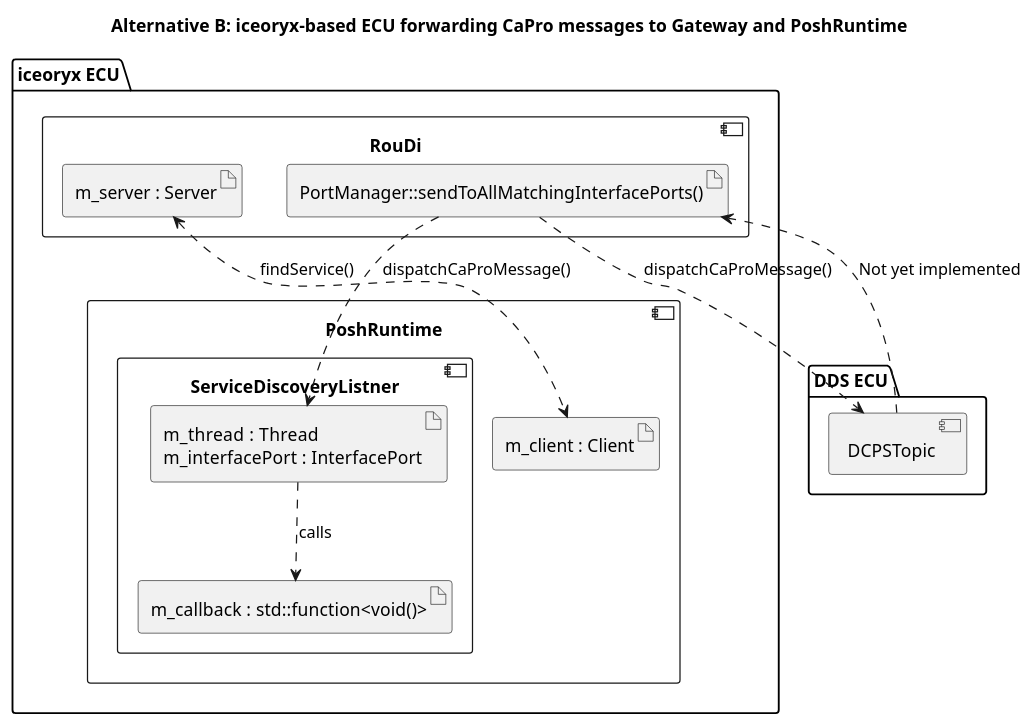
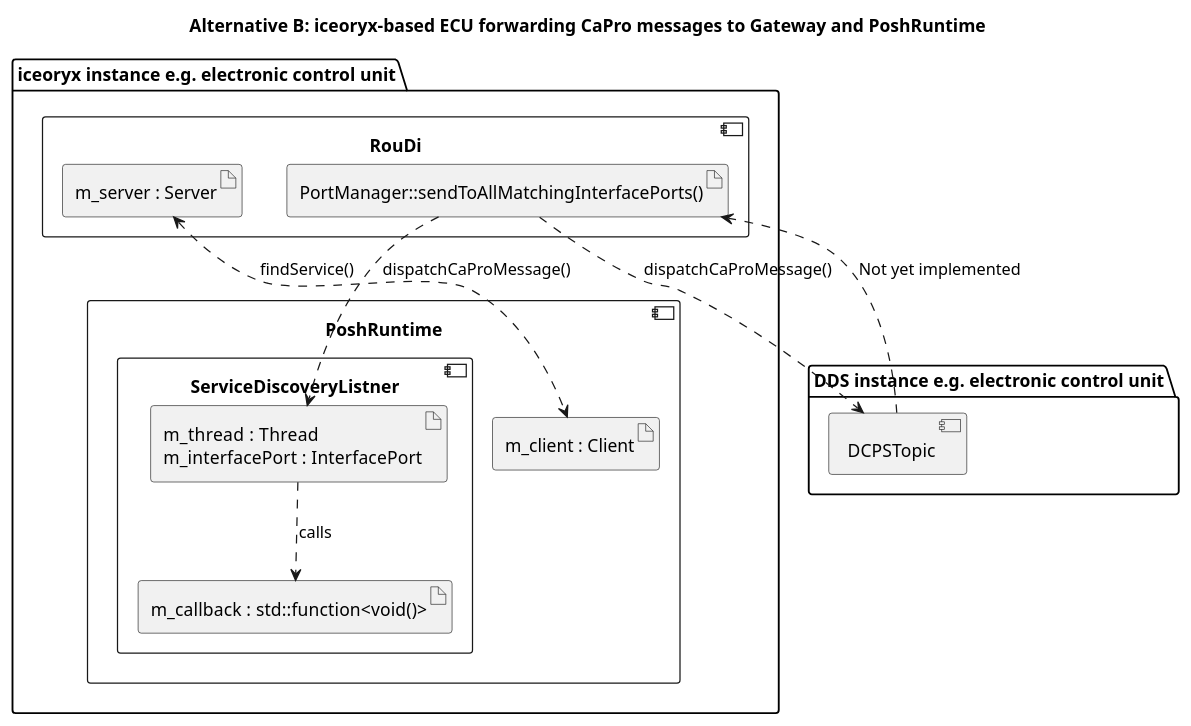
One commit to eclipse-iceoryx/iceoryx changed the diagram in doc/design/diagrams/service-discovery-overview.puml. Above: the diagram before and after it, drawn with PlantUML. The commit also changed 1 other file, not shown here.

```diff
--- a/doc/design/diagrams/service-discovery-overview.puml
+++ b/doc/design/diagrams/service-discovery-overview.puml
@@ -1,38 +1,38 @@
 @startuml
 title Alternative B: iceoryx-based ECU forwarding CaPro messages to Gateway and PoshRuntime
 
-package "iceoryx ECU" {
+package "iceoryx instance e.g. electronic control unit" {
     component RouDi {
         artifact discoveryLoop [
         PortManager::sendToAllMatchingInterfacePorts()
         ]
         artifact server [
         m_server : Server
         ]
     }
     component PoshRuntime {
         component ServiceDiscoveryListner {
             artifact serviceDiscoveryThread [
             m_thread  : Thread
             m_interfacePort  : InterfacePort
             ]
             artifact callback [
             m_callback  : std::function<void()>
             ]
         }
         artifact client [
         m_client : Client
         ]
     }
 }
 
-package "DDS ECU" {
+package "DDS instance e.g. electronic control unit" {
     component DCPSTopic
 }
 
 [discoveryLoop] ..> [DCPSTopic] : dispatchCaProMessage()
 [discoveryLoop] ..> [serviceDiscoveryThread] : dispatchCaProMessage()
 [server] <..> [client] : findService()
 [DCPSTopic] ..> [discoveryLoop]  : Not yet implemented
 [serviceDiscoveryThread] ..> [callback]  : calls
 @enduml
```
